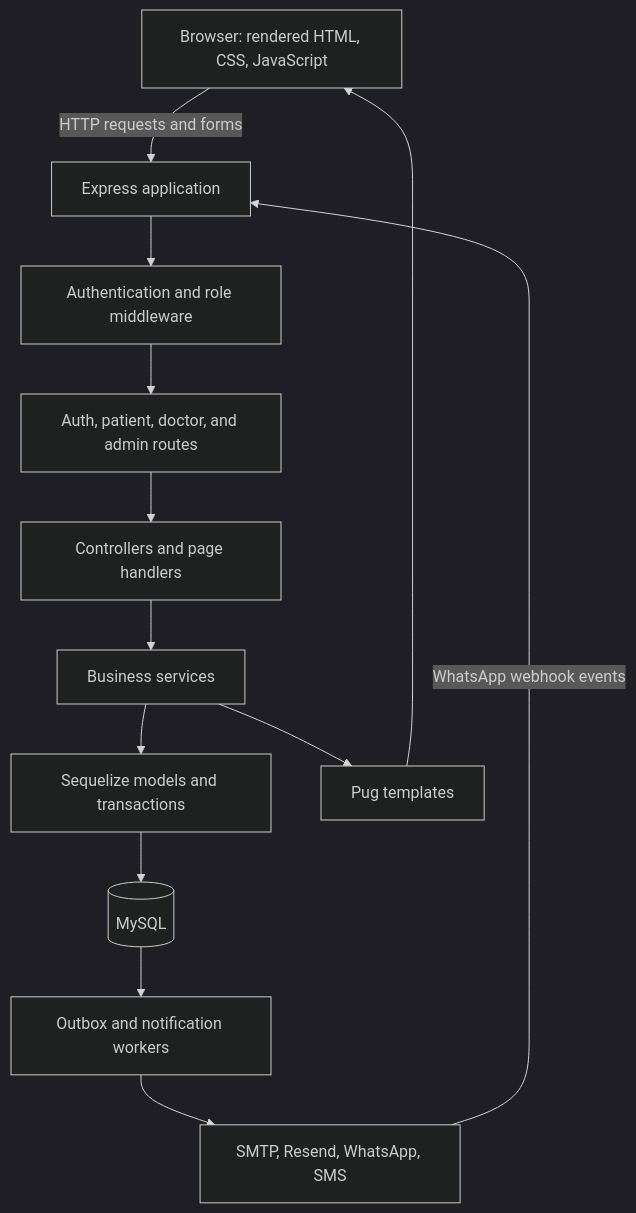
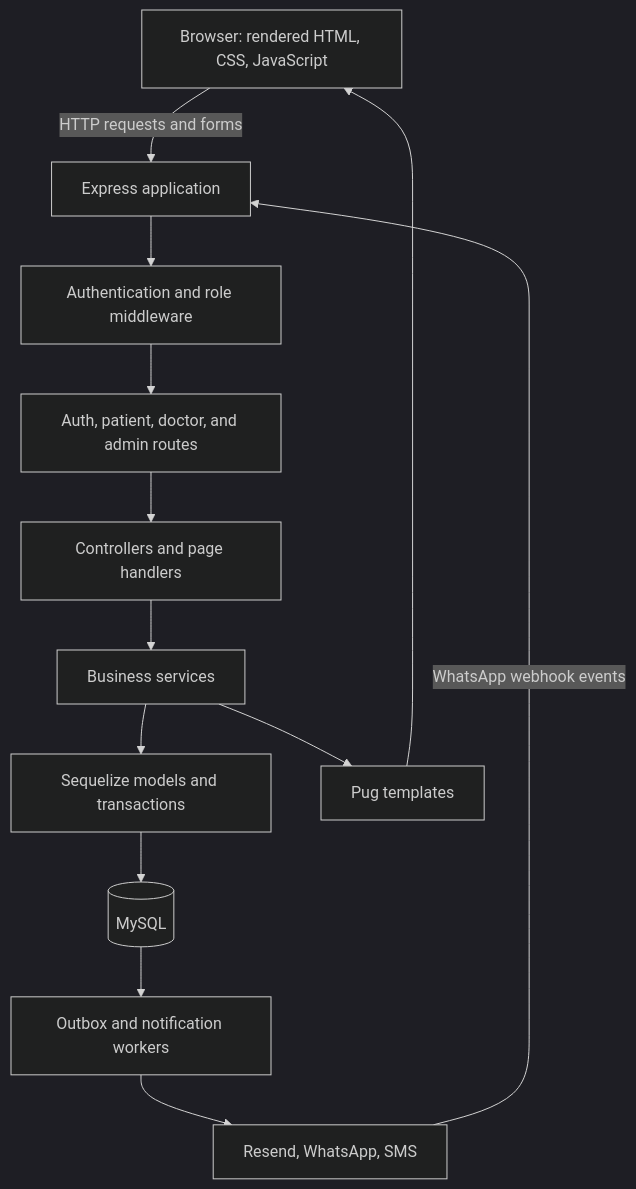
One commit to personalProjectsDeltaG8109/saludvital changed the second of 3 diagrams in README.md. Above: the diagram before and after it, drawn with Mermaid (dark theme). The commit also changed other lines of this file and 1 other file, not shown here.

Commit message:
fix(auth): send account emails through Resend

````diff
--- a/README.md
+++ b/README.md
@@ -109,15 +109,15 @@
 ```mermaid
 flowchart TD
     U["Browser: rendered HTML, CSS, JavaScript"] -->|"HTTP requests and forms"| A["Express application"]
     A --> M["Authentication and role middleware"]
     M --> R["Auth, patient, doctor, and admin routes"]
     R --> C["Controllers and page handlers"]
     C --> S["Business services"]
     S --> Q["Sequelize models and transactions"]
     Q --> DB[("MySQL")]
     S --> V["Pug templates"]
     V --> U
     DB --> W["Outbox and notification workers"]
-    W --> P["SMTP, Resend, WhatsApp, SMS"]
+    W --> P["Resend, WhatsApp, SMS"]
     P -->|"WhatsApp webhook events"| A
 ```
````
